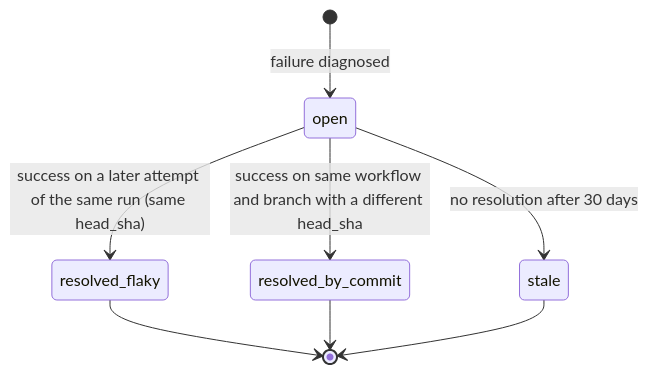
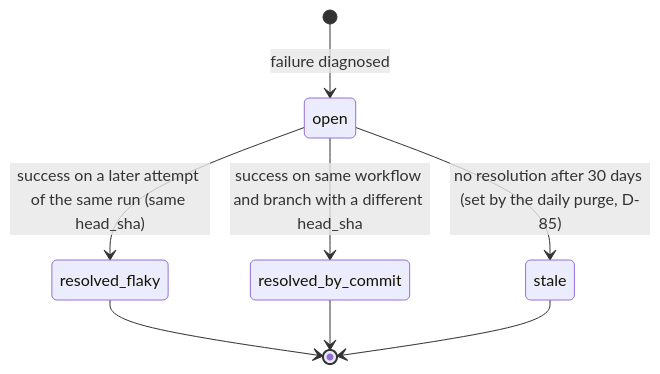
Before and after one commit to dalmirosf/cicd-doctor: the third of 3 diagrams in SPEC.md, drawn with Mermaid. The commit also changed other lines of this file and 27 other files, not shown here.

First line of the commit message:
P2 (f): daily purge and scheduler (D-85) (#24)

````diff
--- a/SPEC.md
+++ b/SPEC.md
@@ -751,10 +761,10 @@
 ```mermaid
 stateDiagram-v2
     [*] --> open: failure diagnosed
     open --> resolved_flaky: success on a later attempt of the same run (same head_sha)
     open --> resolved_by_commit: success on same workflow and branch with a different head_sha
-    open --> stale: no resolution after 30 days
+    open --> stale: no resolution after 30 days (set by the daily purge, D-85)
     resolved_flaky --> [*]
     resolved_by_commit --> [*]
     stale --> [*]
 ```
````
